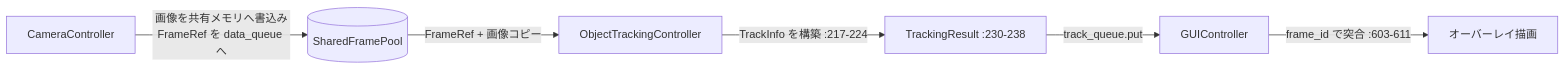
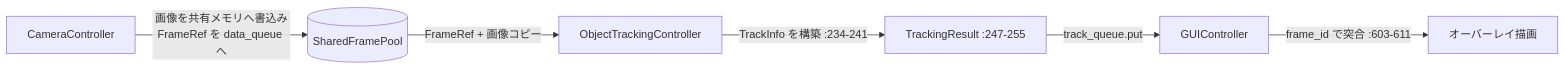
One commit to NobuoTsukamoto/multiprocess-object-tracker changed the diagram in docs/specs/data-models/design.md. Above: the diagram before and after it, drawn with Mermaid. The commit also changed other lines of this file and 13 other files, not shown here.

````diff
--- a/docs/specs/data-models/design.md
+++ b/docs/specs/data-models/design.md
@@ -48,8 +48,8 @@
 ```mermaid
 flowchart LR
     Cam[CameraController] -->|画像を共有メモリへ書込み<br/>FrameRef を data_queue へ| Pool[(SharedFramePool)]
     Pool -->|FrameRef + 画像コピー| OT[ObjectTrackingController]
-    OT -->|TrackInfo を構築 :217-224| TR[TrackingResult :230-238]
+    OT -->|TrackInfo を構築 :234-241| TR[TrackingResult :247-255]
     TR -->|track_queue.put| GUI[GUIController]
     GUI -->|frame_id で突合 :603-611| Render[オーバーレイ描画]
 ```
````
